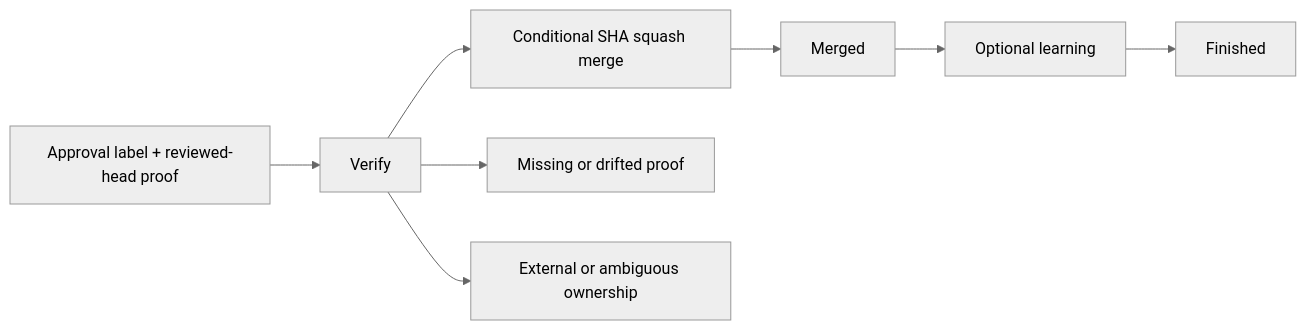
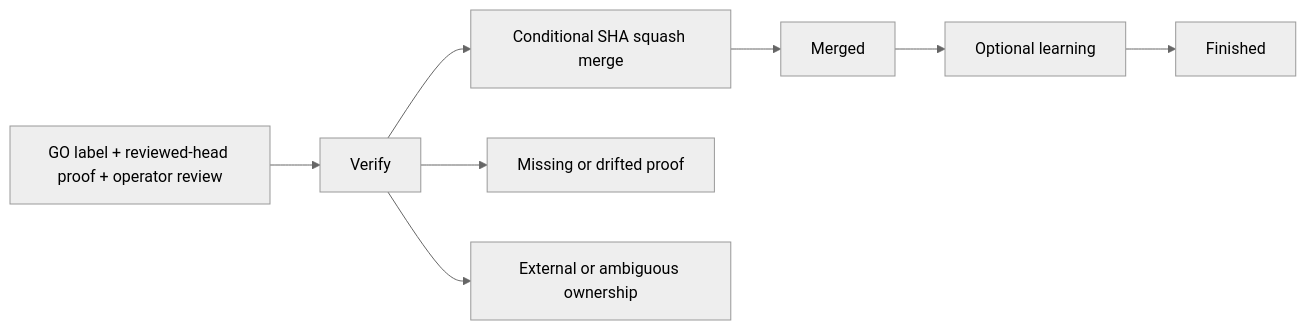
One commit to HomericIntelligence/Hephaestus changed diagram 13 of 16 in docs/architecture.md. Above: the diagram before and after it, drawn with Mermaid (neutral theme). The commit also changed other lines of this file and 29 other files, not shown here.

````diff
--- a/docs/architecture.md
+++ b/docs/architecture.md
@@ -1151,8 +1167,8 @@
 ```mermaid
 flowchart LR
-    Approved["Approval label + reviewed-head proof"] --> Verify
+    Approved["GO label + reviewed-head proof + operator review"] --> Verify
     Verify --> Merge["Conditional SHA squash merge"]
     Verify --> Review["Missing or drifted proof"]
     Verify --> Operator["External or ambiguous ownership"]
     Merge --> Merged --> Learn["Optional learning"] --> Finished
 ```
````
